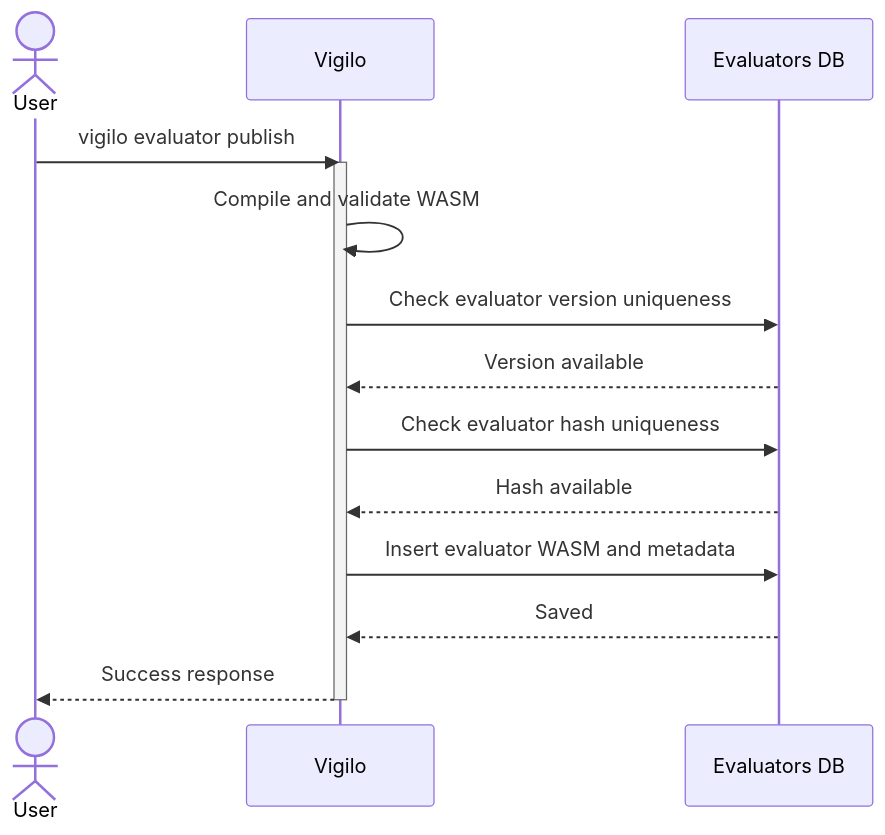
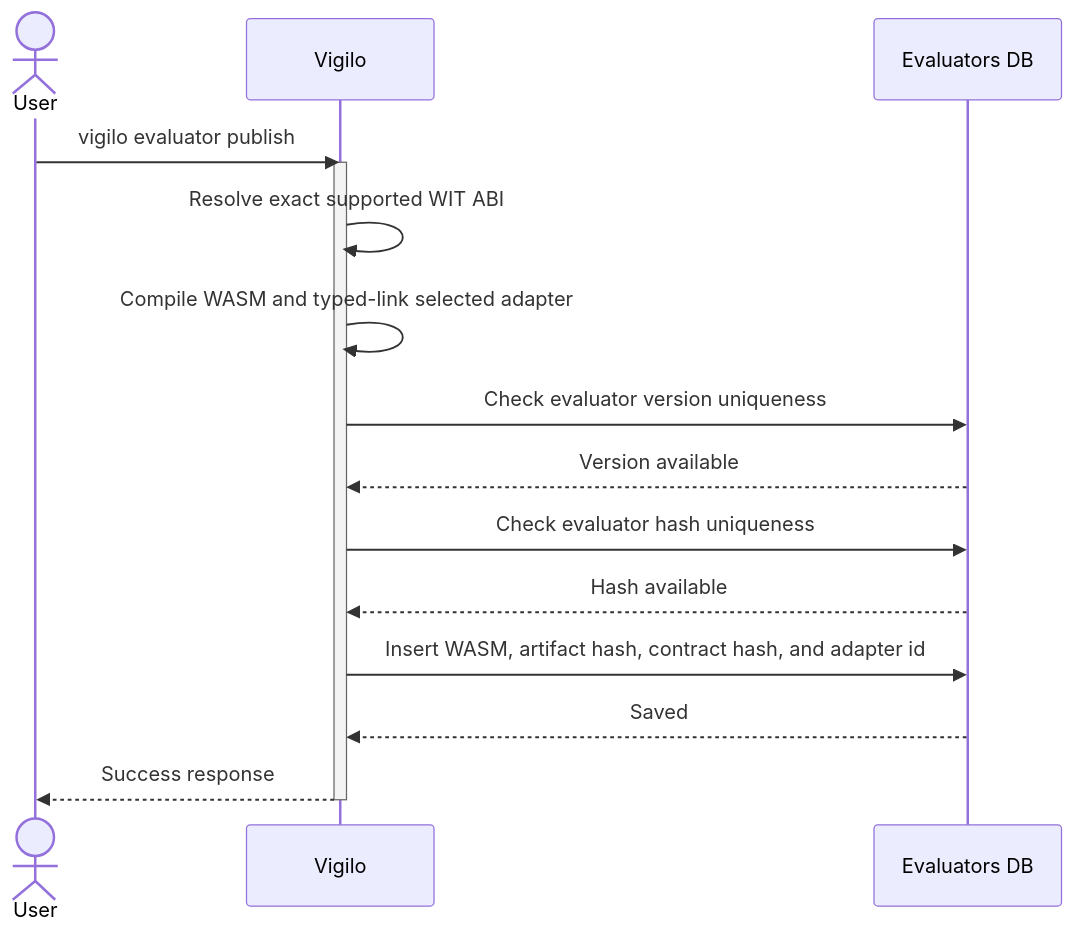
One commit to gregl83/agent-vigilo changed the diagram in web/docs/architecture/flows/evaluators/publish/execution-flow.mmd. Above: the diagram before and after it, drawn with Mermaid. The commit also changed 48 other files, not shown here.

```diff
--- a/web/docs/architecture/flows/evaluators/publish/execution-flow.mmd
+++ b/web/docs/architecture/flows/evaluators/publish/execution-flow.mmd
@@ -1,28 +1,29 @@
 ---
 config:
   flowchart:
     nodeSpacing: 150
     rankSpacing: 80
   themeVariables:
     edgeLabelBackground: 'transparent'
 ---
 sequenceDiagram
     actor User
     participant Vigilo
     participant DB as Evaluators DB
 
     User->>Vigilo: vigilo evaluator publish
     activate Vigilo
 
-    Vigilo->>Vigilo: Compile and validate WASM
+    Vigilo->>Vigilo: Resolve exact supported WIT ABI
+    Vigilo->>Vigilo: Compile WASM and typed-link selected adapter
     Vigilo->>DB: Check evaluator version uniqueness
     DB-->>Vigilo: Version available
 
     Vigilo->>DB: Check evaluator hash uniqueness
     DB-->>Vigilo: Hash available
 
-    Vigilo->>DB: Insert evaluator WASM and metadata
+    Vigilo->>DB: Insert WASM, artifact hash, contract hash, and adapter id
     DB-->>Vigilo: Saved
 
     Vigilo-->>User: Success response
     deactivate Vigilo
```
